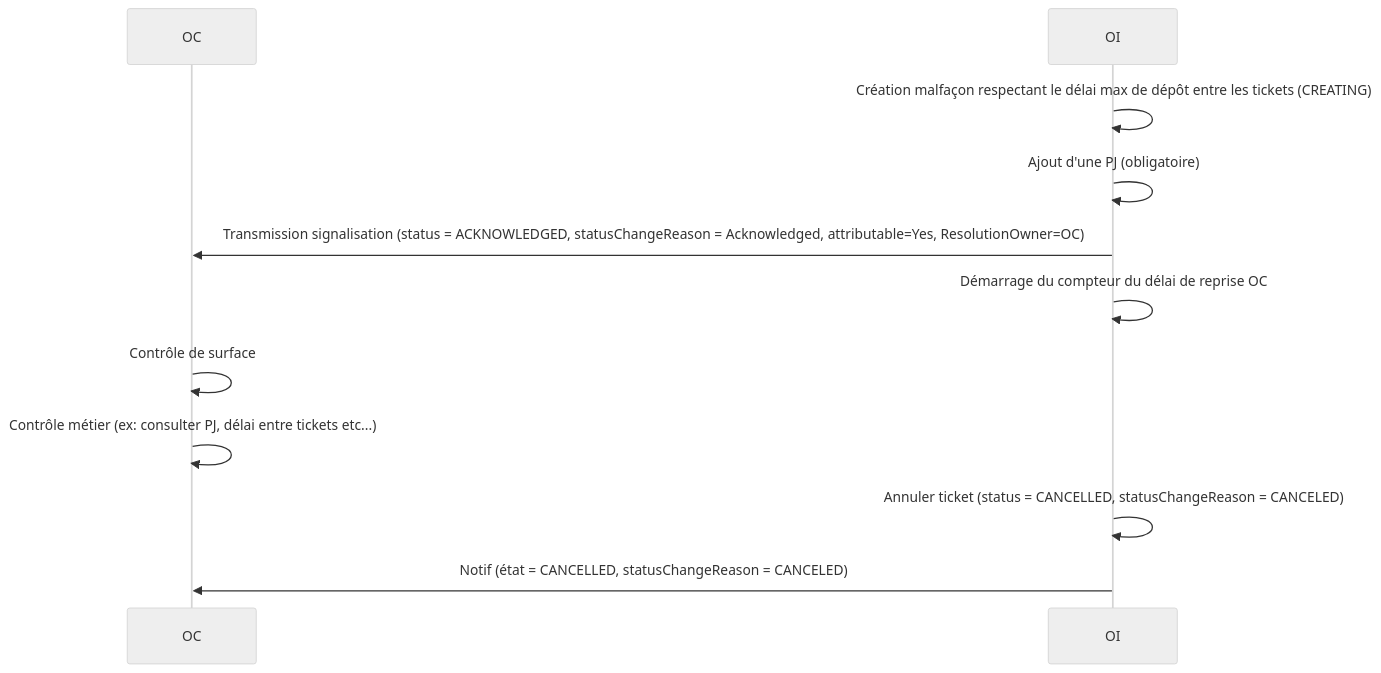
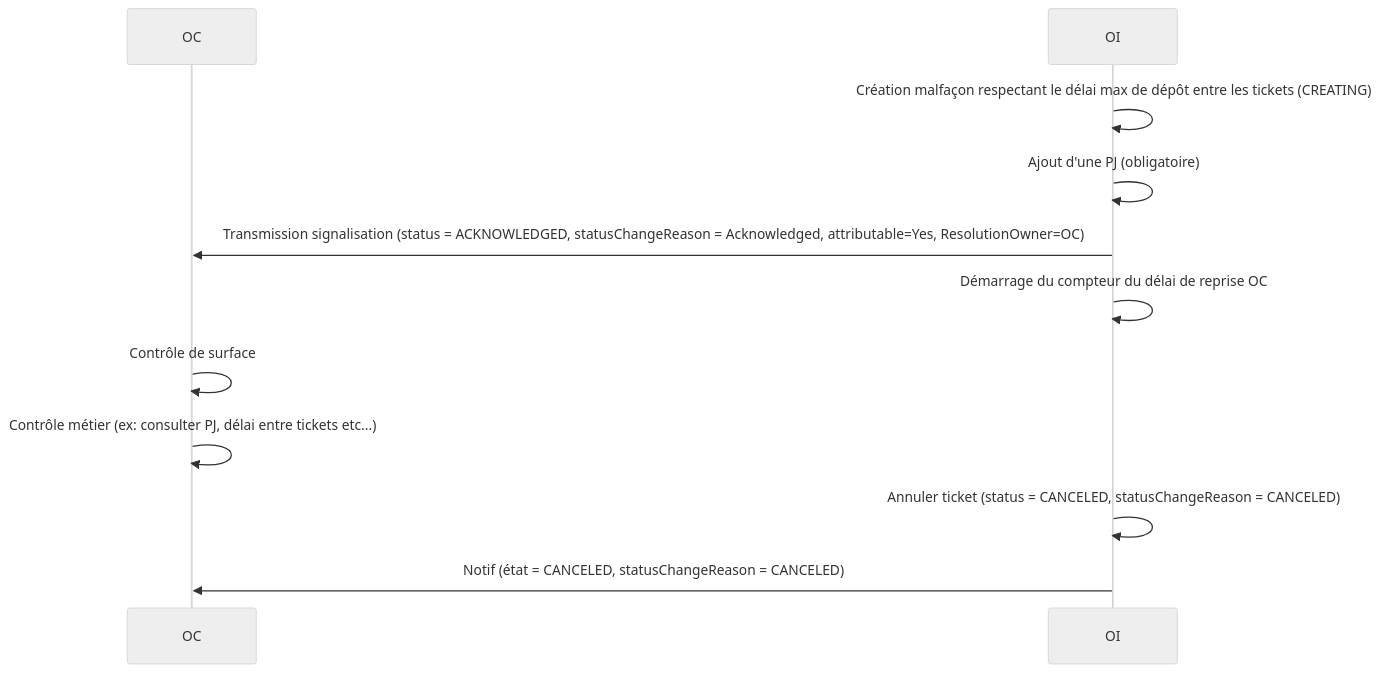
The ninth of 12 diagrams in README.md (before-interop/malfacon), drawn with Mermaid (neutral theme) before and after one commit. The commit also changed other lines of this file and 1 other file, not shown here.

Commit message:
remplacer CANCELLED par CANCELED

````diff
--- a/README.md
+++ b/README.md
@@ -640,15 +640,15 @@
 ```mermaid
 sequenceDiagram
 
   participant OC
   participant OI
 
   OI->>OI: Création malfaçon respectant le délai max de dépôt entre les tickets (CREATING)
   OI->>OI: Ajout d'une PJ (obligatoire)
   OI->>OC: Transmission signalisation (status = ACKNOWLEDGED, statusChangeReason = Acknowledged, attributable=Yes, ResolutionOwner=OC)
   OI->>OI: Démarrage du compteur du délai de reprise OC
   OC->>OC: Contrôle de surface
   OC->>OC: Contrôle métier (ex: consulter PJ, délai entre tickets etc...)
-  OI->>OI: Annuler ticket (status = CANCELLED, statusChangeReason = CANCELED)
-  OI->>OC: Notif (état = CANCELLED, statusChangeReason = CANCELED)
+  OI->>OI: Annuler ticket (status = CANCELED, statusChangeReason = CANCELED)
+  OI->>OC: Notif (état = CANCELED, statusChangeReason = CANCELED)
 ```
````
